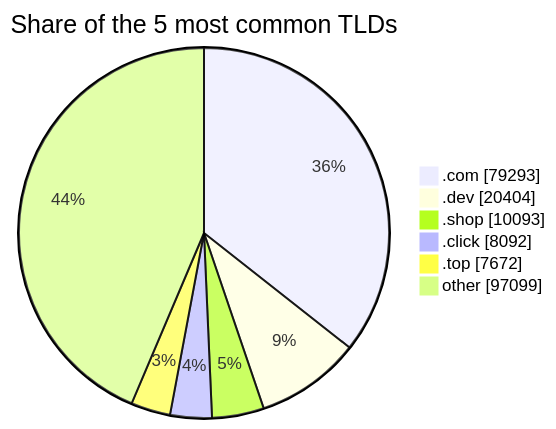
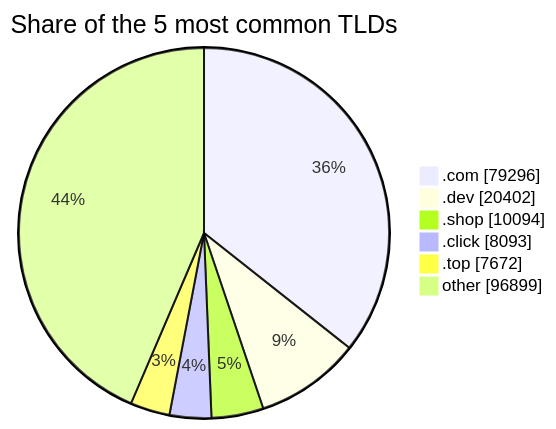
One commit to DNSBunker/CTI changed the third of 3 diagrams in README.md. Above: the diagram before and after it, drawn with Mermaid. The commit also changed other lines of this file and 3 other files, not shown here.

````diff
--- a/README.md
+++ b/README.md
@@ -81,9 +81,9 @@
 ```mermaid
 pie showData title Share of the 5 most common TLDs
-    ".com" : 79293
-    ".dev" : 20404
-    ".shop" : 10093
-    ".click" : 8092
+    ".com" : 79296
+    ".dev" : 20402
+    ".shop" : 10094
+    ".click" : 8093
     ".top" : 7672
-    "other" : 97099
+    "other" : 96899
 ```
````
